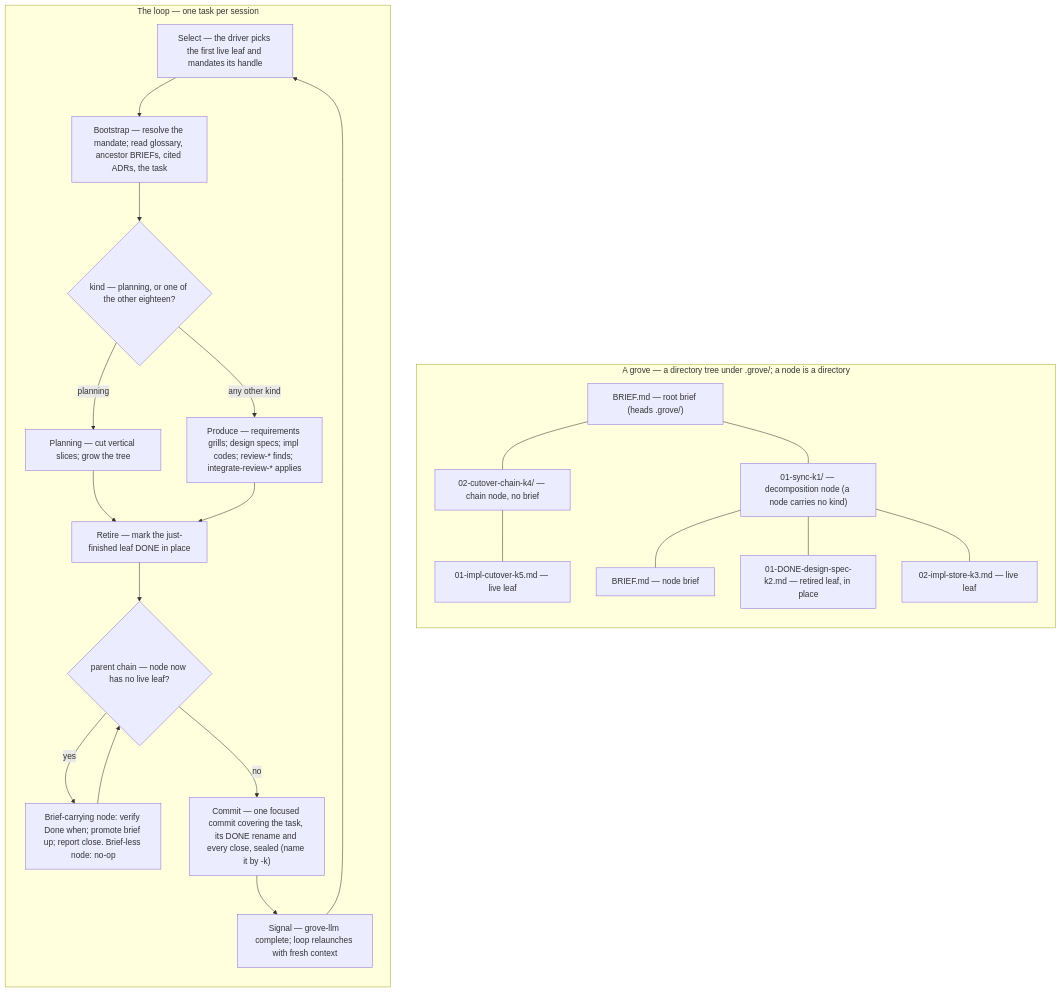
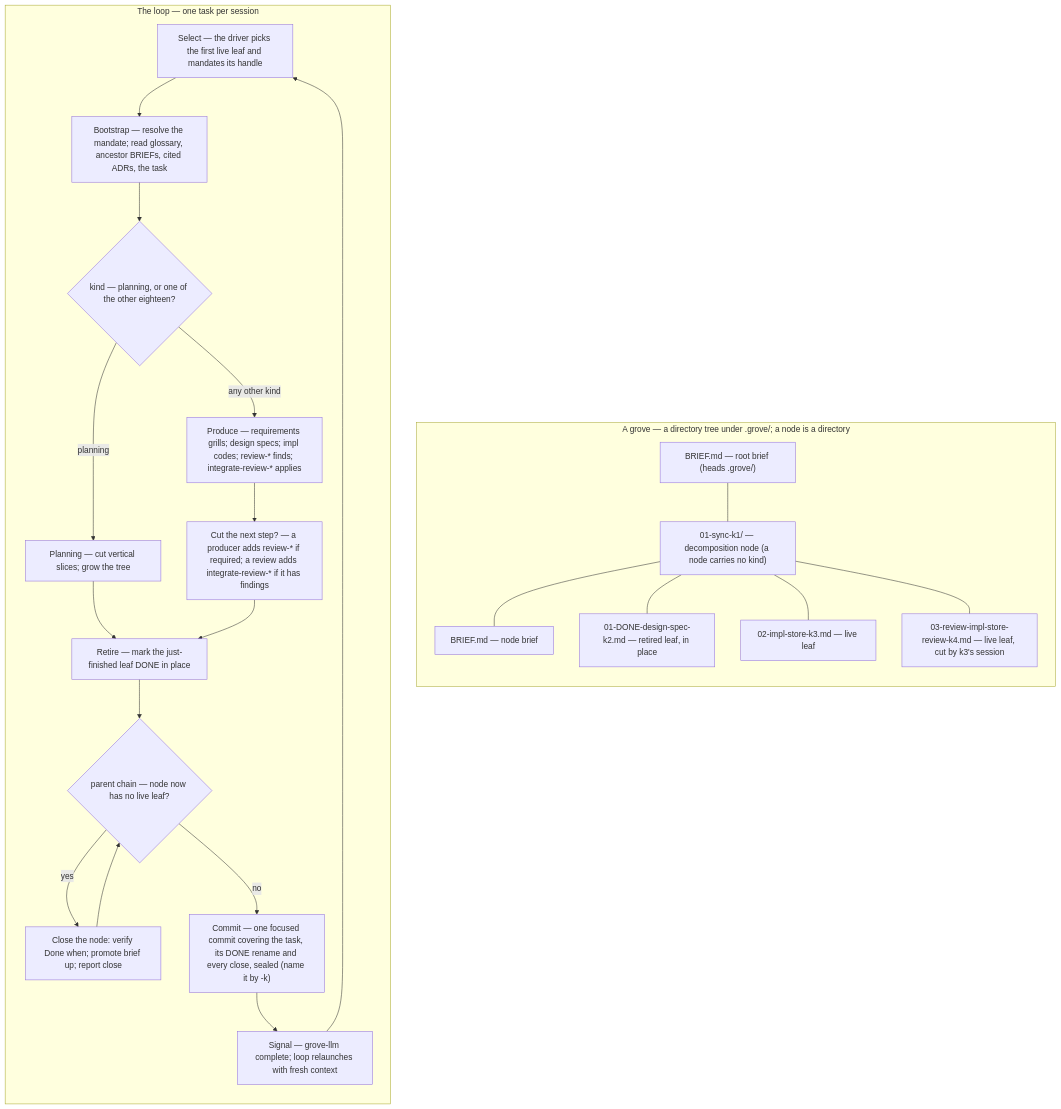
One commit to Linkuistics/grove changed the diagram in content/SKILL.md. Above: the diagram before and after it, drawn with Mermaid. The commit also changed other lines of this file and 41 other files, not shown here.

````diff
--- a/content/SKILL.md
+++ b/content/SKILL.md
@@ -13,38 +13,37 @@
 ```mermaid
 flowchart TD
   subgraph tree["A grove — a directory tree under .grove/; a node is a directory"]
     direction TB
     root["BRIEF.md — root brief (heads .grove/)"]
     n1["01-sync-k1/ — decomposition node (a node carries no kind)"]
     nb1["BRIEF.md — node brief"]
     l1["01-DONE-design-spec-k2.md — retired leaf, in place"]
     l2["02-impl-store-k3.md — live leaf"]
-    n2["02-cutover-chain-k4/ — chain node, no brief"]
-    c1["01-impl-cutover-k5.md — live leaf"]
+    l3["03-review-impl-store-review-k4.md — live leaf, cut by k3's session"]
     root --- n1
-    root --- n2
-    n2 --- c1
     n1 --- nb1
     n1 --- l1
     n1 --- l2
+    n1 --- l3
   end
   subgraph loop["The loop — one task per session"]
     direction TB
     pick["Select — the driver picks the first live leaf and mandates its handle"]
     boot["Bootstrap — resolve the mandate; read glossary, ancestor BRIEFs, cited ADRs, the task"]
     exec{"kind — planning, or one of the other eighteen?"}
     plan["Planning — cut vertical slices; grow the tree"]
     work["Produce — requirements grills; design specs; impl codes; review-* finds; integrate-review-* applies"]
+    next["Cut the next step? — a producer adds review-* if required; a review adds integrate-review-* if it has findings"]
     done["Retire — mark the just-finished leaf DONE in place"]
     retire{"parent chain — node now has no live leaf?"}
-    ret["Brief-carrying node: verify Done when; promote brief up; report close. Brief-less node: no-op"]
+    ret["Close the node: verify Done when; promote brief up; report close"]
     commit["Commit — one focused commit covering the task, its DONE rename and every close, sealed (name it by <slug>-k<key>)"]
     signal["Signal — grove-llm complete; loop relaunches with fresh context"]
     pick --> boot --> exec
     exec -->|planning| plan --> done
-    exec -->|any other kind| work --> done
+    exec -->|any other kind| work --> next --> done
     done --> retire
     retire -->|yes| ret --> retire
     retire -->|no| commit --> signal --> pick
   end
 ```
````
